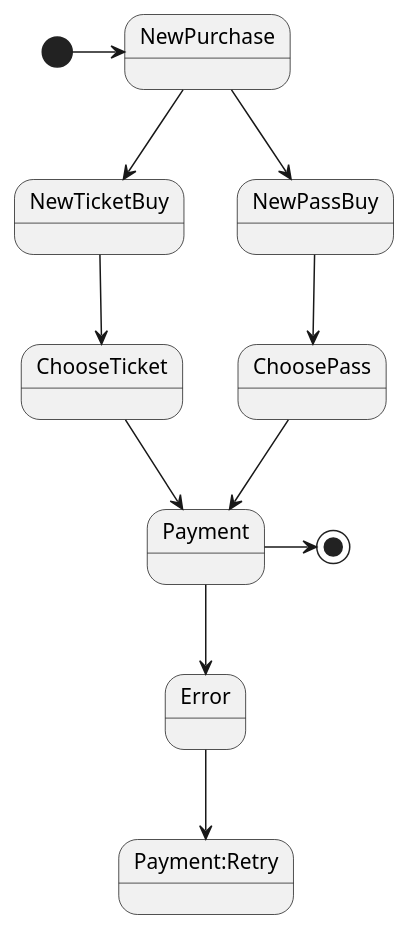
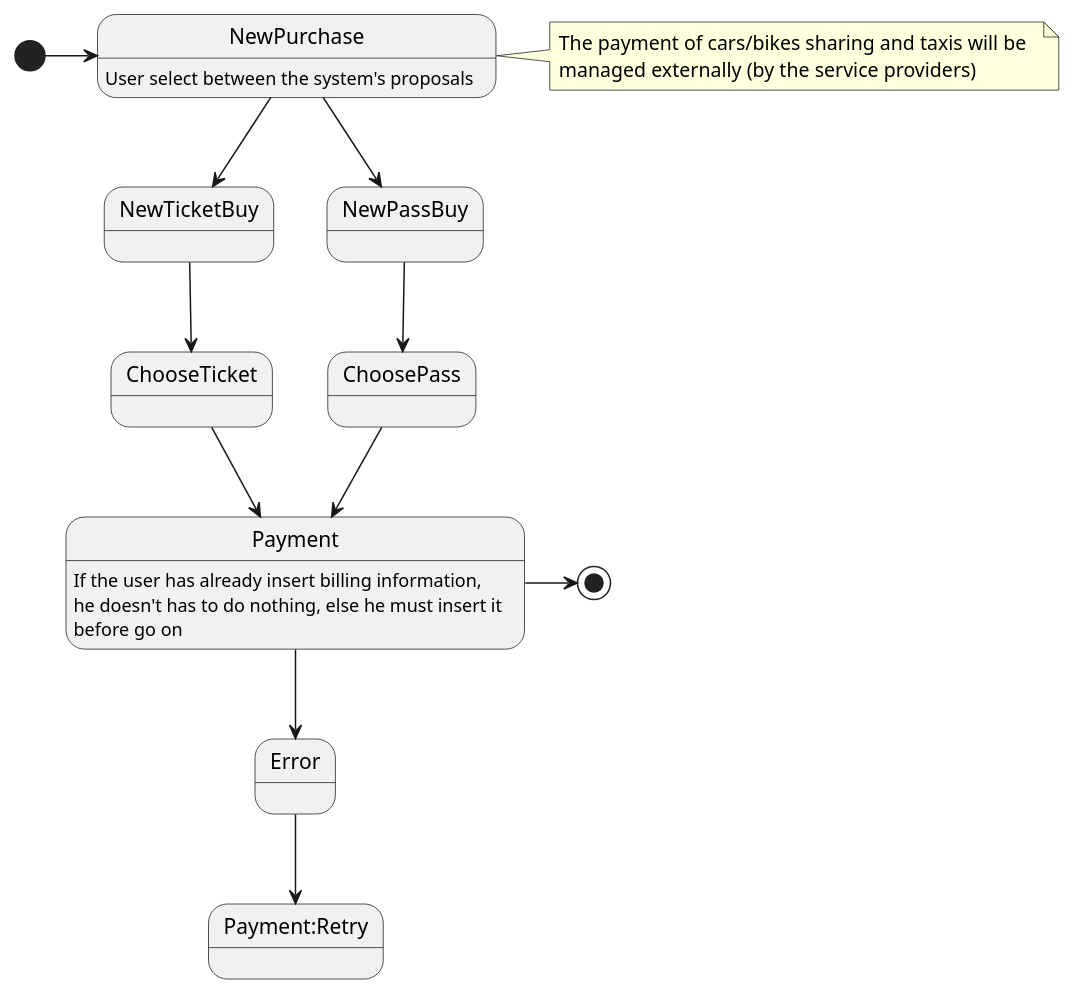
Before and after one commit to fcremo/AlfonsoCarsenzuolaCremonese-ingsw2: the diagram in rasd/statecharts/statechart_new_purchase.plantuml, drawn with PlantUML. The commit also changed 2 other files, not shown here.

```diff
--- a/rasd/statecharts/statechart_new_purchase.plantuml
+++ b/rasd/statecharts/statechart_new_purchase.plantuml
@@ -1,18 +1,24 @@
 @startuml
 
 [*] -right-> NewPurchase
 NewPurchase --> NewTicketBuy
 NewPurchase --> NewPassBuy
 
 NewTicketBuy --> ChooseTicket
 NewPassBuy --> ChoosePass
 
 ChooseTicket --> Payment
 ChoosePass --> Payment
 
 Payment --> Error
 Error --> Payment:Retry
 
 Payment -right-> [*]
 
+NewPurchase: User select between the system's proposals
+
+Payment: If the user has already insert billing information,\nhe doesn't has to do nothing, else he must insert it\nbefore go on
+
+note right of NewPurchase: The payment of cars/bikes sharing and taxis will be  \nmanaged externally (by the service providers)
+
 @enduml
```
